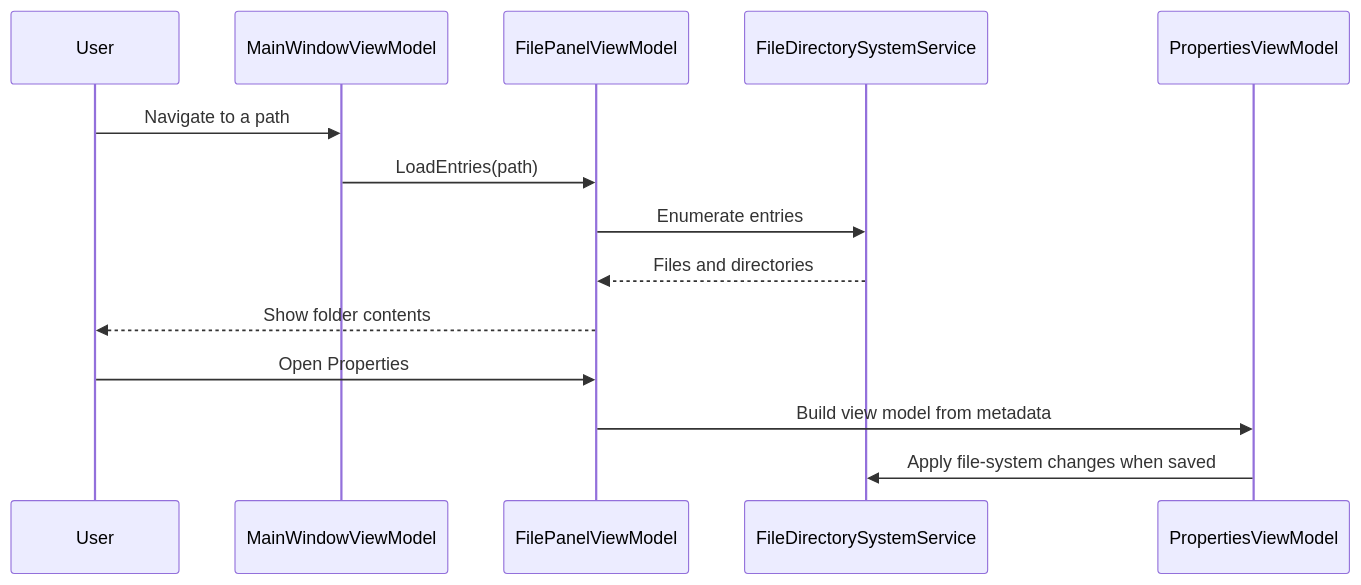
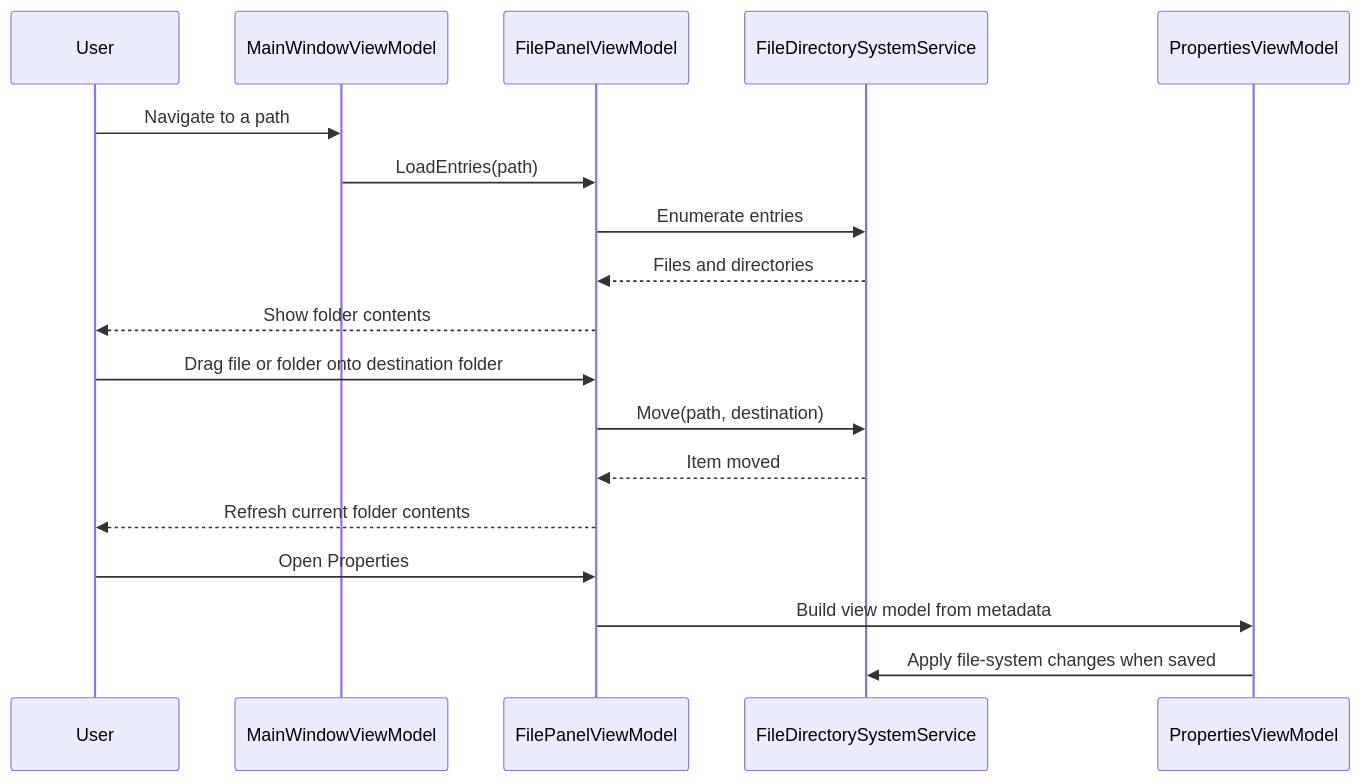
Before and after one commit to vpro3611/ffsystem: the second of 3 diagrams in README.md, drawn with Mermaid. The commit also changed other lines of this file and 3 other files, not shown here.

````diff
--- a/README.md
+++ b/README.md
@@ -41,17 +41,21 @@
 ```mermaid
 sequenceDiagram
     participant User
     participant Main as MainWindowViewModel
     participant Panel as FilePanelViewModel
     participant Core as FileDirectorySystemService
     participant Props as PropertiesViewModel
 
     User->>Main: Navigate to a path
     Main->>Panel: LoadEntries(path)
     Panel->>Core: Enumerate entries
     Core-->>Panel: Files and directories
     Panel-->>User: Show folder contents
+    User->>Panel: Drag file or folder onto destination folder
+    Panel->>Core: Move(path, destination)
+    Core-->>Panel: Item moved
+    Panel-->>User: Refresh current folder contents
     User->>Panel: Open Properties
     Panel->>Props: Build view model from metadata
     Props->>Core: Apply file-system changes when saved
 ```
````
